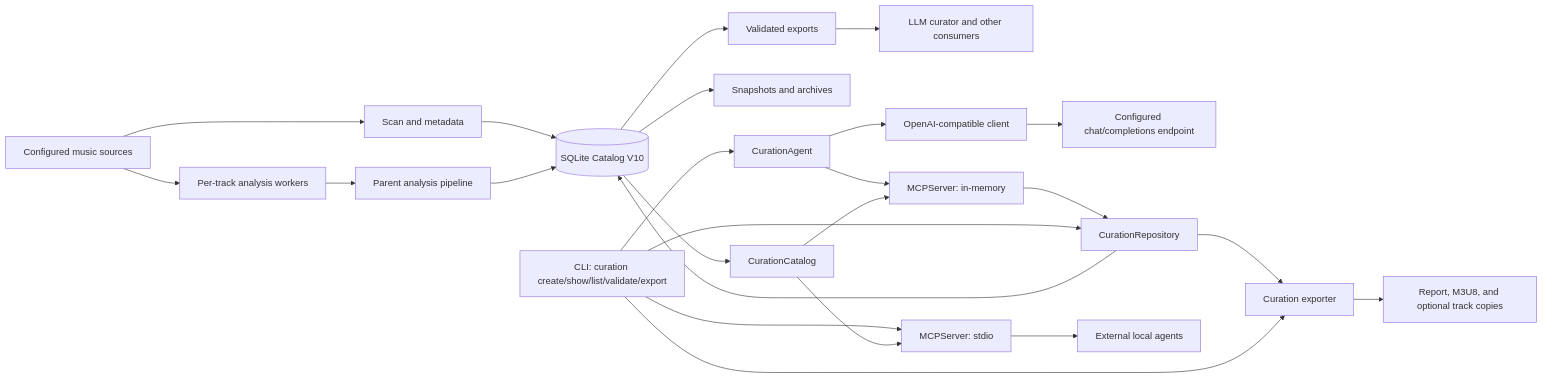
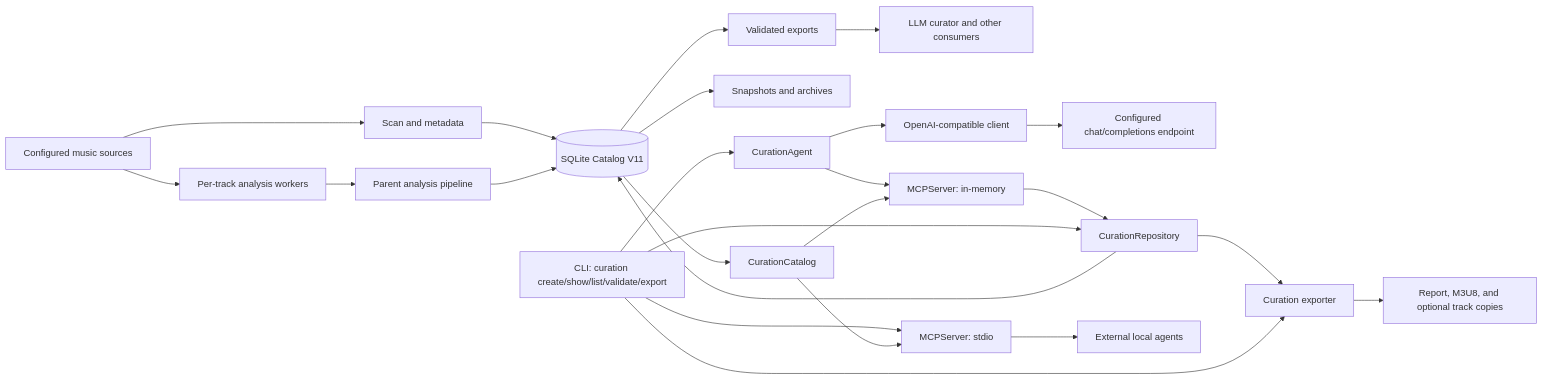
Before and after one commit to fmatsos/dj-digger: the diagram in docs/ARCHITECTURE.md, drawn with Mermaid. The commit also changed other lines of this file and 20 other files, not shown here.

````diff
--- a/docs/ARCHITECTURE.md
+++ b/docs/ARCHITECTURE.md
@@ -13,26 +13,26 @@
 ```mermaid
 flowchart LR
     Sources[Configured music sources] --> Scan[Scan and metadata]
-    Scan --> Catalog[(SQLite Catalog V10)]
+    Scan --> Catalog[(SQLite Catalog V11)]
     Sources --> Workers[Per-track analysis workers]
     Workers --> Parent[Parent analysis pipeline]
     Parent --> Catalog
     Catalog --> Exports[Validated exports]
     Catalog --> Snapshots[Snapshots and archives]
     Exports --> Curator[LLM curator and other consumers]
     CLI[CLI: curation create/show/list/validate/export] --> Agent[CurationAgent]
     Agent --> Client[OpenAI-compatible client]
     Client --> Endpoint[Configured chat/completions endpoint]
     Agent --> MCP[MCPServer: in-memory]
     Catalog --> Curation[CurationCatalog]
     Curation --> MCP
     MCP --> Repository[CurationRepository]
     Repository --> Catalog
     CLI --> Repository
     CLI --> MCPStdio[MCPServer: stdio]
     Curation --> MCPStdio
     MCPStdio --> External[External local agents]
     Repository --> Exporter[Curation exporter]
     CLI --> Exporter
     Exporter --> Sets[Report, M3U8, and optional track copies]
 ```
````
